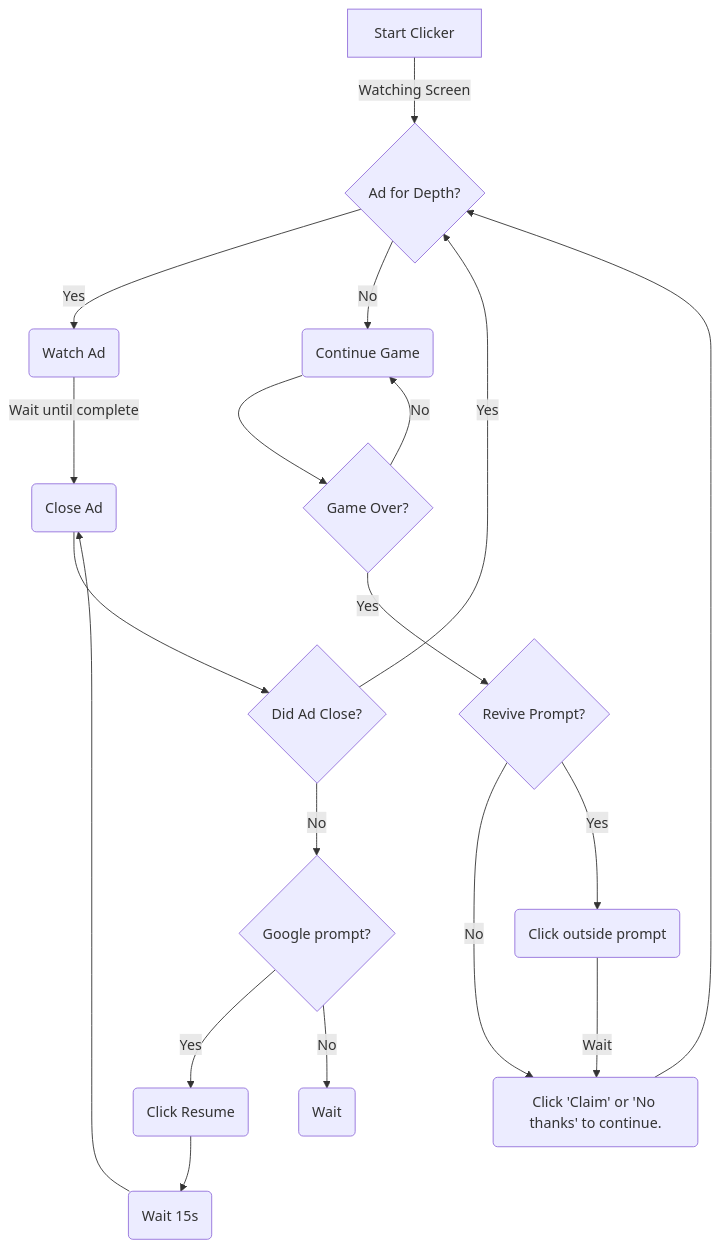
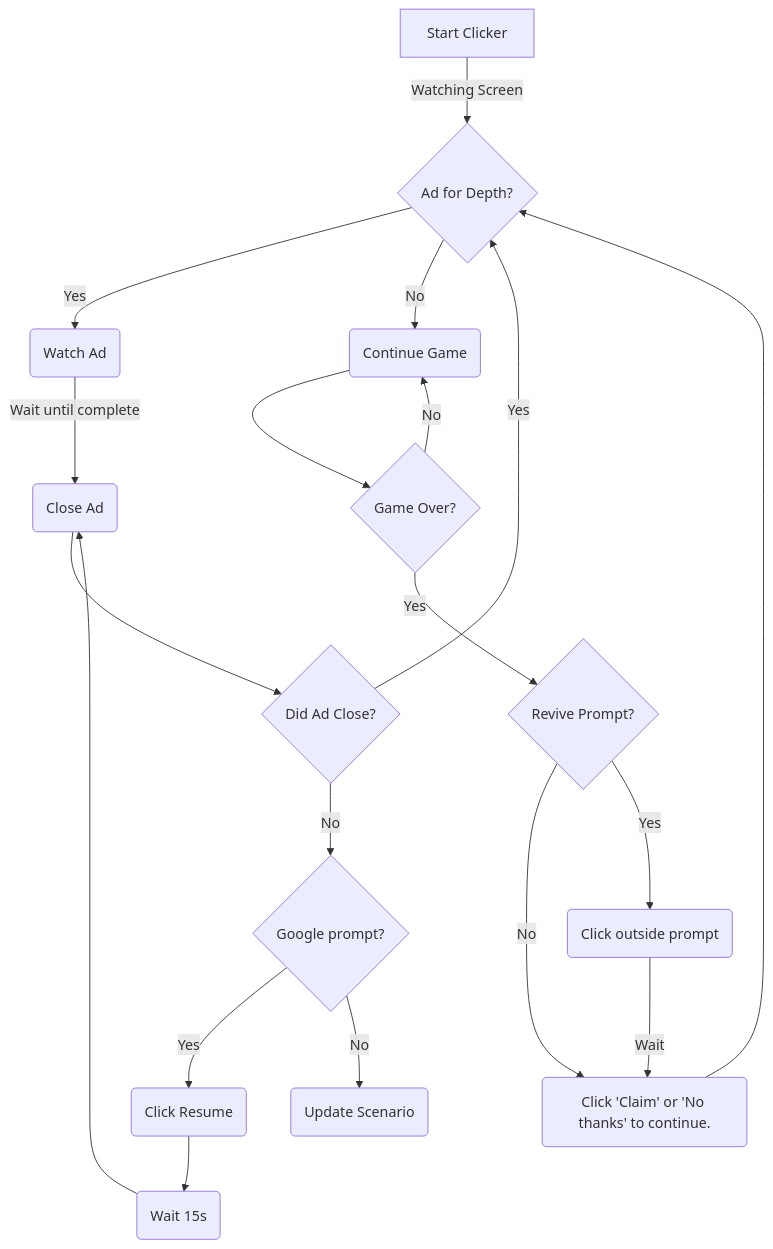
One commit to Neighborhood-Data-Science/instant-beer-money changed the diagram in AutoClick Patterns/Games/CryptoMagnet/README.md. Above: the diagram before and after it, drawn with Mermaid. The commit also changed other lines of this file, not shown here.

````diff
--- a/AutoClick Patterns/Games/CryptoMagnet/README.md
+++ b/AutoClick Patterns/Games/CryptoMagnet/README.md
@@ -49,20 +50,20 @@
 ```mermaid
 graph TD;
     A[Start Clicker]-->|Watching Screen|B{Ad for Depth?};
     B-->|Yes|C(Watch Ad);
     B-->|No|G(Continue Game);
     C-->|Wait until complete|F(Close Ad);
     F-->I{Did Ad Close?};
     I-->|No|P{Google prompt?};
     I-->|Yes|B{Ad for Depth?};
     P-->|Yes|Q(Click Resume)-->R(Wait 15s);
-    P-->|No|S(Wait);
+    P-->|No|S(Update Scenario);
     R-->F(Close Ad);
     G-->L{Game Over?};
     L-->|Yes|N{Revive Prompt?};
     L-->|No|G(Continue Game);
     N-->|No|T(Click 'Claim' or 'No thanks' to continue.);
     N-->|Yes|O(Click outside prompt);
     O-->|Wait|T(Click 'Claim' or 'No thanks' to continue.);
     T-->B{Ad for Depth?};
 ```
````
